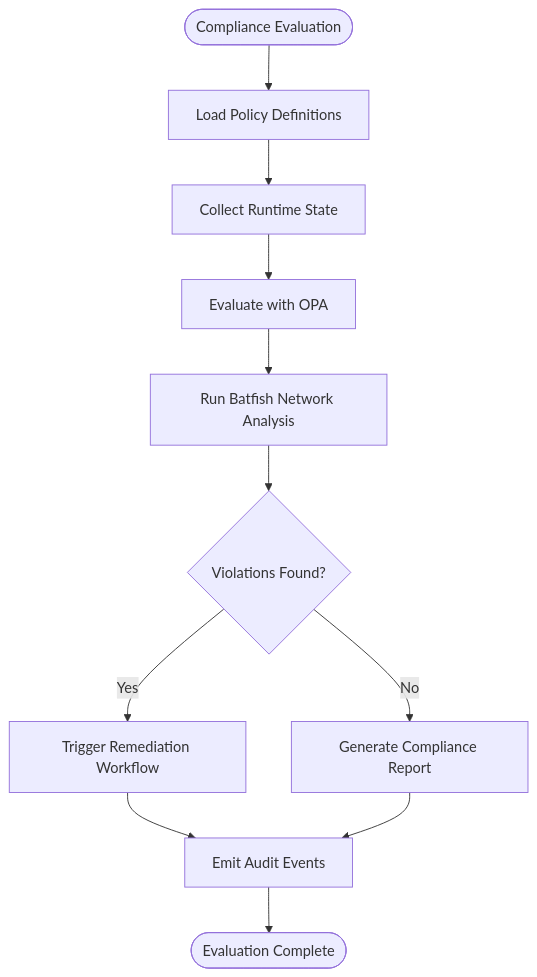
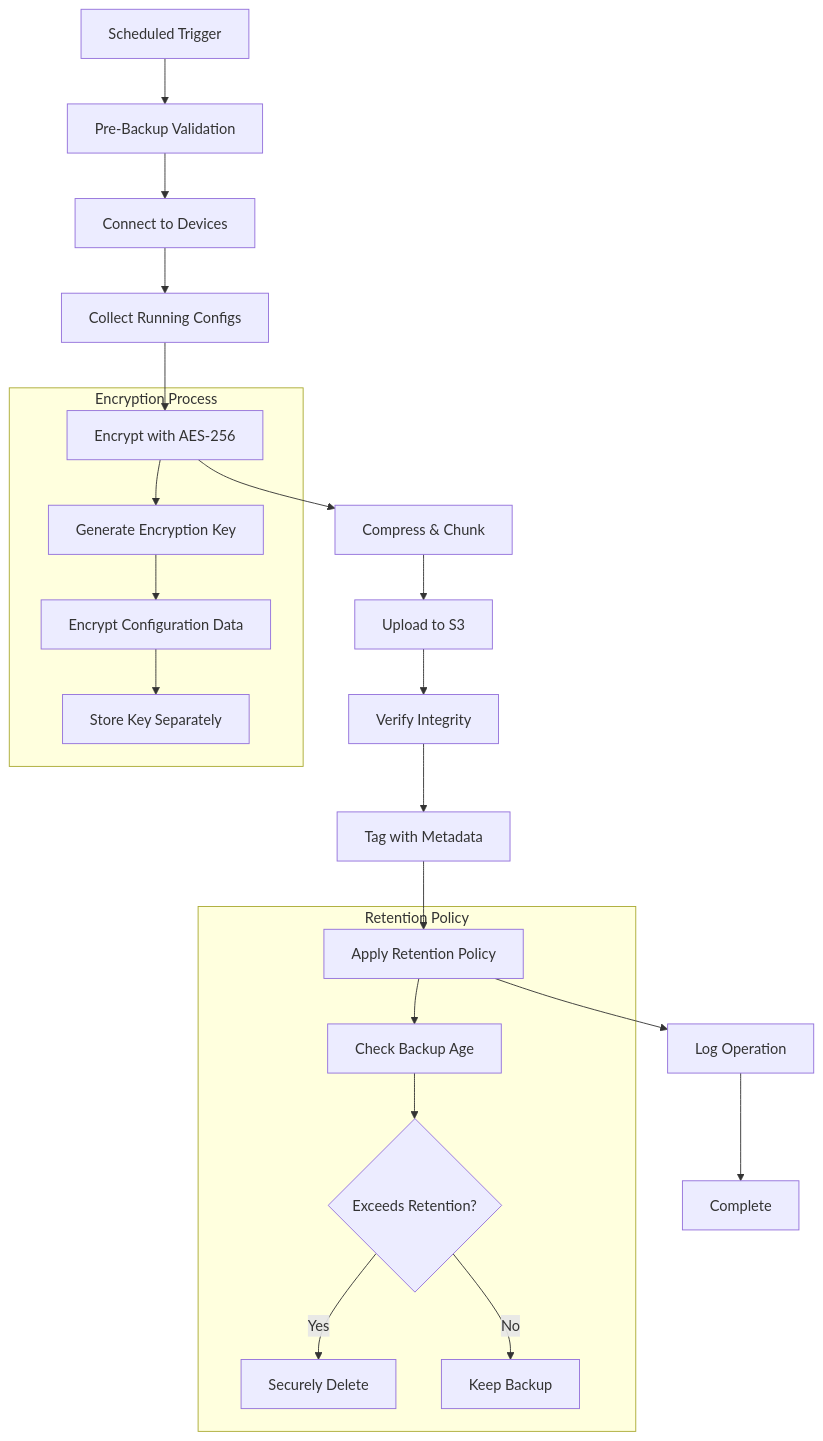
Before and after one commit to shakthi-vinayak/network-automation: the fourth of 9 diagrams in .qoder/repowiki/en/content/Architecture & Design/Security & Compliance Architecture.md, drawn with Mermaid. The commit also changed other lines of this file and 144 other files, not shown here.

````diff
--- a/.qoder/repowiki/en/content/Architecture & Design/Security & Compliance Architecture.md
+++ b/.qoder/repowiki/en/content/Architecture & Design/Security & Compliance Architecture.md
@@ -221,13 +286,25 @@
 ```mermaid
 flowchart TD
-Start(["Compliance Evaluation"]) --> LoadPolicy["Load Policy Definitions"]
-LoadPolicy --> CollectState["Collect Runtime State"]
-CollectState --> OpaEval["Evaluate with OPA"]
-OpaEval --> BatfishEval["Run Batfish Network Analysis"]
-BatfishEval --> Decision{"Violations Found?"}
-Decision --> |Yes| Remediate["Trigger Remediation Workflow"]
-Decision --> |No| Report["Generate Compliance Report"]
-Remediate --> Audit["Emit Audit Events"]
-Report --> Audit
-Audit --> End(["Evaluation Complete"])
+Schedule["Scheduled Trigger"] --> PreCheck["Pre-Backup Validation"]
+PreCheck --> Connect["Connect to Devices"]
+Connect --> Collect["Collect Running Configs"]
+Collect --> Encrypt["Encrypt with AES-256"]
+Encrypt --> Compress["Compress & Chunk"]
+Compress --> Upload["Upload to S3"]
+Upload --> Verify["Verify Integrity"]
+Verify --> Tag["Tag with Metadata"]
+Tag --> Cleanup["Apply Retention Policy"]
+Cleanup --> Audit["Log Operation"]
+Audit --> Complete["Complete"]
+subgraph "Retention Policy"
+Cleanup --> CheckAge["Check Backup Age"]
+CheckAge --> DeleteOld{"Exceeds Retention?"}
+DeleteOld --> |Yes| Purge["Securely Delete"]
+DeleteOld --> |No| Keep["Keep Backup"]
+end
+subgraph "Encryption Process"
+Encrypt --> GenerateKey["Generate Encryption Key"]
+GenerateKey --> EncryptData["Encrypt Configuration Data"]
+EncryptData --> StoreKey["Store Key Separately"]
+end
 ```
````
